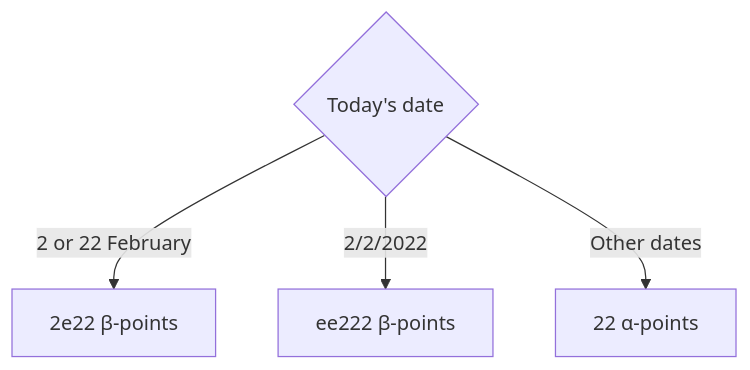
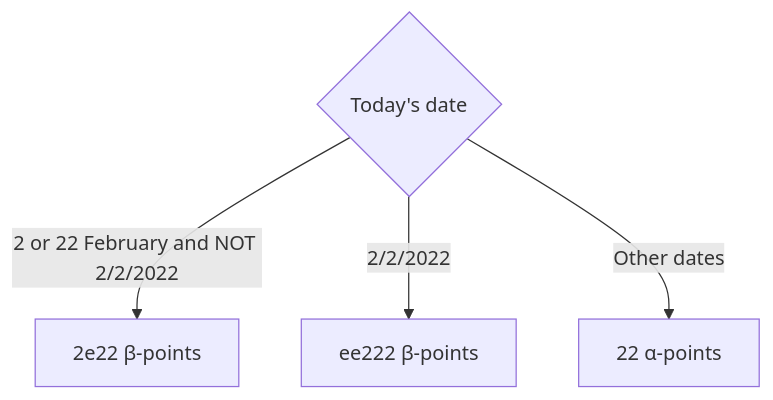
One commit to FishlandicFishy/patchwork-birb changed the diagram in patchwork-birb.md. Above: the diagram before and after it, drawn with Mermaid.

Commit message:
Clarify condition for β-points in flowchart

````diff
--- a/patchwork-birb.md
+++ b/patchwork-birb.md
@@ -94,7 +94,7 @@
 ```mermaid
 flowchart TD
     C{Today's date}
-    C -->|2 or 22 February| D[2e22 β-points]
+    C -->|2 or 22 February and NOT 2/2/2022| D[2e22 β-points]
     C -->|2/2/2022| E[ee222 β-points]
     C -->|Other dates| F[22 α-points]
 ```
````
